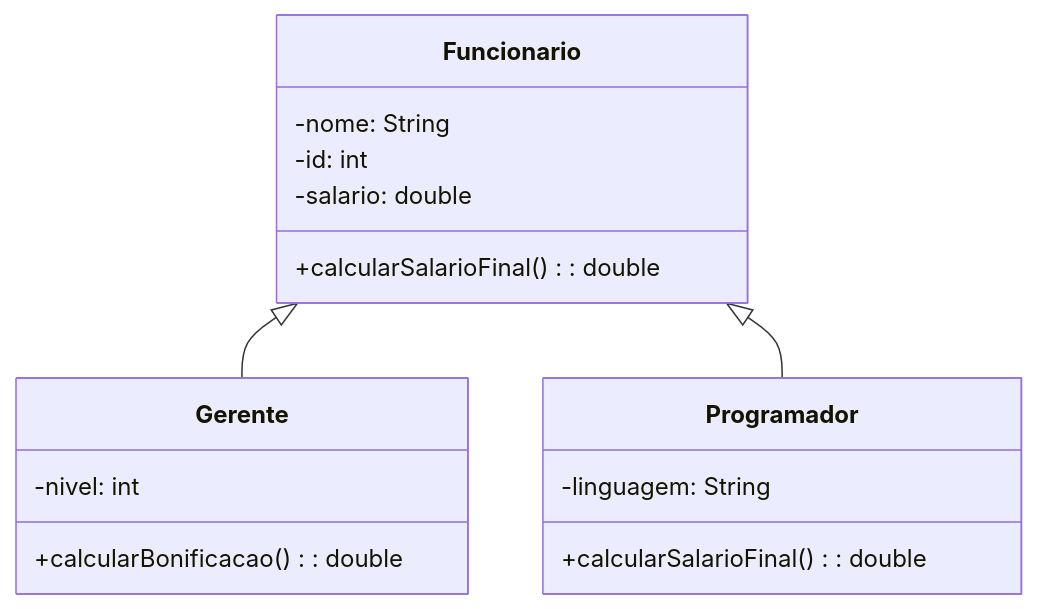
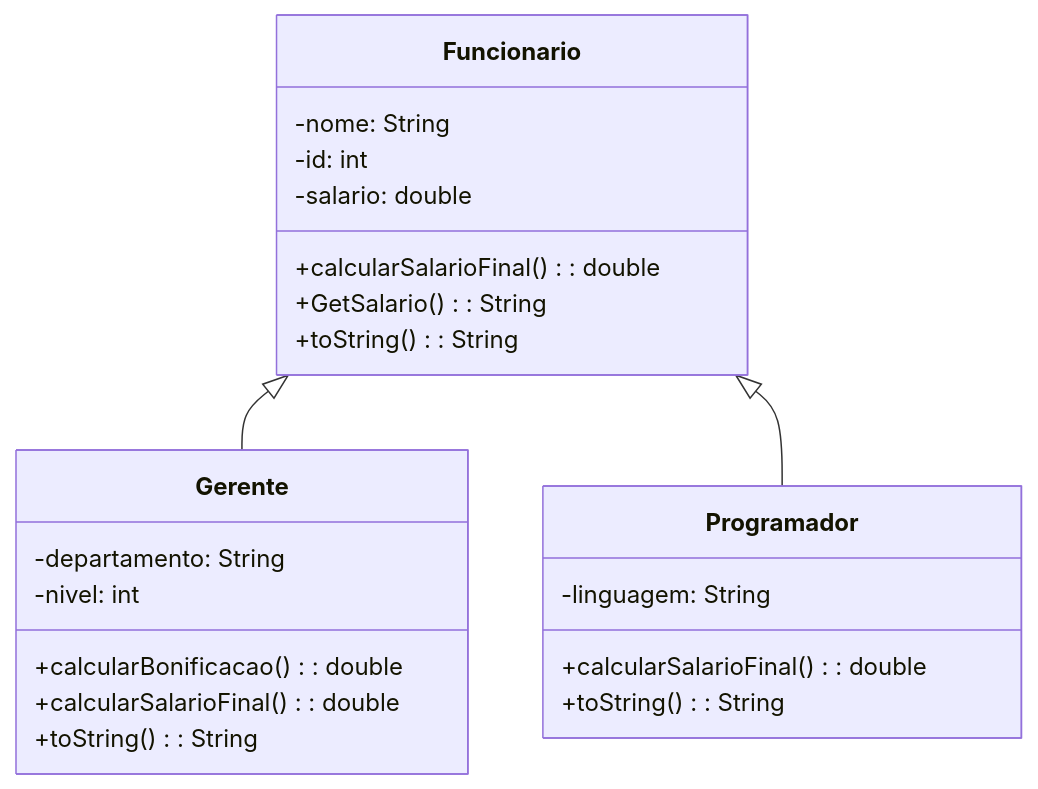
One commit to liviaaVS/PEOO-TADS-II-PERIODO changed the second of 3 diagrams in ExercícioSala/README.md. Above: the diagram before and after it, drawn with Mermaid. The commit also changed other lines of this file, not shown here.

Commit message:
Ajustes no README.md(nos diagramas) 2

````diff
--- a/ExercícioSala/README.md
+++ b/ExercícioSala/README.md
@@ -51,22 +51,28 @@
 ```mermaid
 classDiagram
   class Funcionario {
     -nome: String
     -id: int
     -salario: double
     +calcularSalarioFinal(): double
+    +GetSalario(): String
+    +toString(): String
   }
 
   class Gerente {
+    -departamento: String
     -nivel: int
     +calcularBonificacao(): double
+    +calcularSalarioFinal(): double
+    +toString(): String
   }
 
   class Programador {
     -linguagem: String
     +calcularSalarioFinal(): double
+    +toString(): String
   }
 
   Funcionario <|-- Gerente
   Funcionario <|-- Programador
 ```
````
